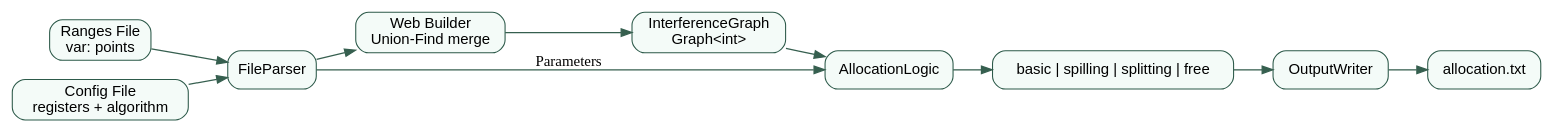
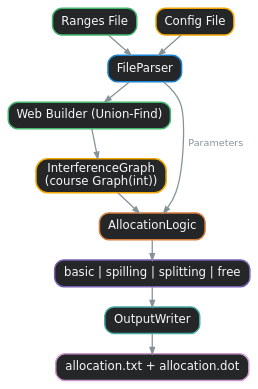
One commit to AlexDTT/CompilerRegisterAllocationProject changed the diagram in dox/annotated_architecture.dot. Above: the diagram before and after it, drawn with Graphviz. The commit also changed 88 other files, not shown here.

```diff
--- a/dox/annotated_architecture.dot
+++ b/dox/annotated_architecture.dot
@@ -1,25 +1,35 @@
 digraph compiler_register_allocation_pipeline {
-    rankdir=LR;
-    node [shape=box, style="rounded,filled", color="#2d5a4a", fillcolor="#f4fbf8", fontname="Helvetica"];
-    edge [color="#365f4f", penwidth=1.2];
+    rankdir=TB;
+    ranksep=0.25;
+    nodesep=0.25;
+    bgcolor="transparent";
+    node [shape=box, style="rounded,filled", color="#859399", fillcolor="#252628", fontname="DejaVu Sans", fontcolor="#f8f9fa", fontsize=11, penwidth=1.4, height=0.35, width=0];
+    edge [color="#859399", fontname="DejaVu Sans", fontcolor="#859399", fontsize=9, penwidth=1.2, arrowsize=0.6];
 
-    ranges [label="Ranges File\nvar: points"];
-    config [label="Config File\nregisters + algorithm"];
-    parser [label="FileParser"];
-    webs [label="Web Builder\nUnion-Find merge"];
-    igraph [label="InterferenceGraph\nGraph<int>"];
-    alloc [label="AllocationLogic"];
-    modes [label="basic | spilling | splitting | free"];
-    writer [label="OutputWriter"];
-    output [label="allocation.txt"];
+    { rank=same; ranges; config; }
+    ranges [label="Ranges File", color="#44b86f"];
+    config [label="Config File", color="#f3a600"];
 
     ranges -> parser;
     config -> parser;
+    parser [label="FileParser", color="#1982d2"];
+
     parser -> webs;
+    webs [label="Web Builder (Union-Find)", color="#44b86f"];
+
     webs -> igraph;
+    igraph [label="InterferenceGraph\n(course Graph(int))", color="#f3a600"];
+
     igraph -> alloc;
-    parser -> alloc [label="Parameters"];
+    parser -> alloc [label="  Parameters  "];
+    alloc [label="AllocationLogic", color="#d67c3b"];
+
     alloc -> modes;
+    modes [label="basic | spilling | splitting | free", color="#7661b3"];
+
     modes -> writer;
+    writer [label="OutputWriter", color="#46aaa5"];
+
     writer -> output;
+    output [label="allocation.txt + allocation.dot", color="#cc99cd"];
 }
```
